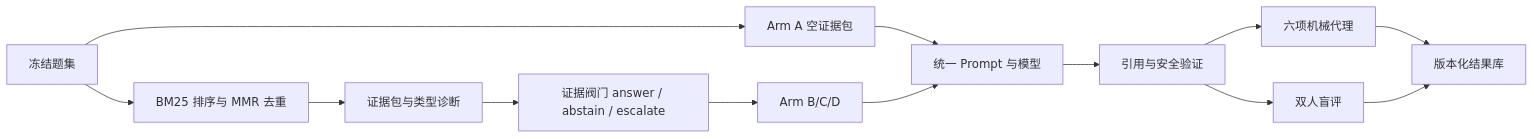
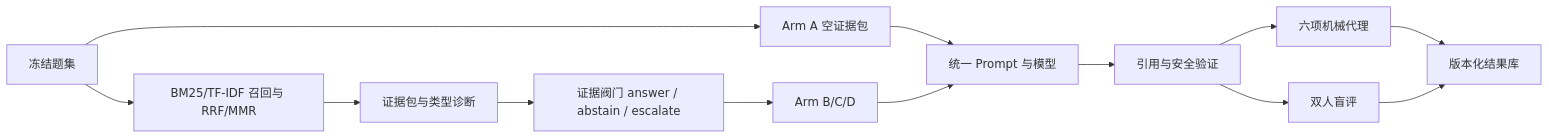
The diagram in docs/architecture.md (Type81-1/evidence-rag-benchmark), drawn with Mermaid before and after one commit. The commit also changed other lines of this file and 12 other files, not shown here.

````diff
--- a/docs/architecture.md
+++ b/docs/architecture.md
@@ -26,15 +26,15 @@
 ```mermaid
 flowchart LR
-    Q[冻结题集] --> R[BM25 排序与 MMR 去重]
+    Q[冻结题集] --> R[BM25/TF-IDF 召回与 RRF/MMR]
     R --> P[证据包与类型诊断]
     P --> E[证据阀门 answer / abstain / escalate]
     Q --> A[Arm A 空证据包]
     E --> B[Arm B/C/D]
     A --> G[统一 Prompt 与模型]
     B --> G
     G --> V[引用与安全验证]
     V --> M[六项机械代理]
     V --> H[双人盲评]
     M --> O[版本化结果库]
     H --> O
 ```
````
